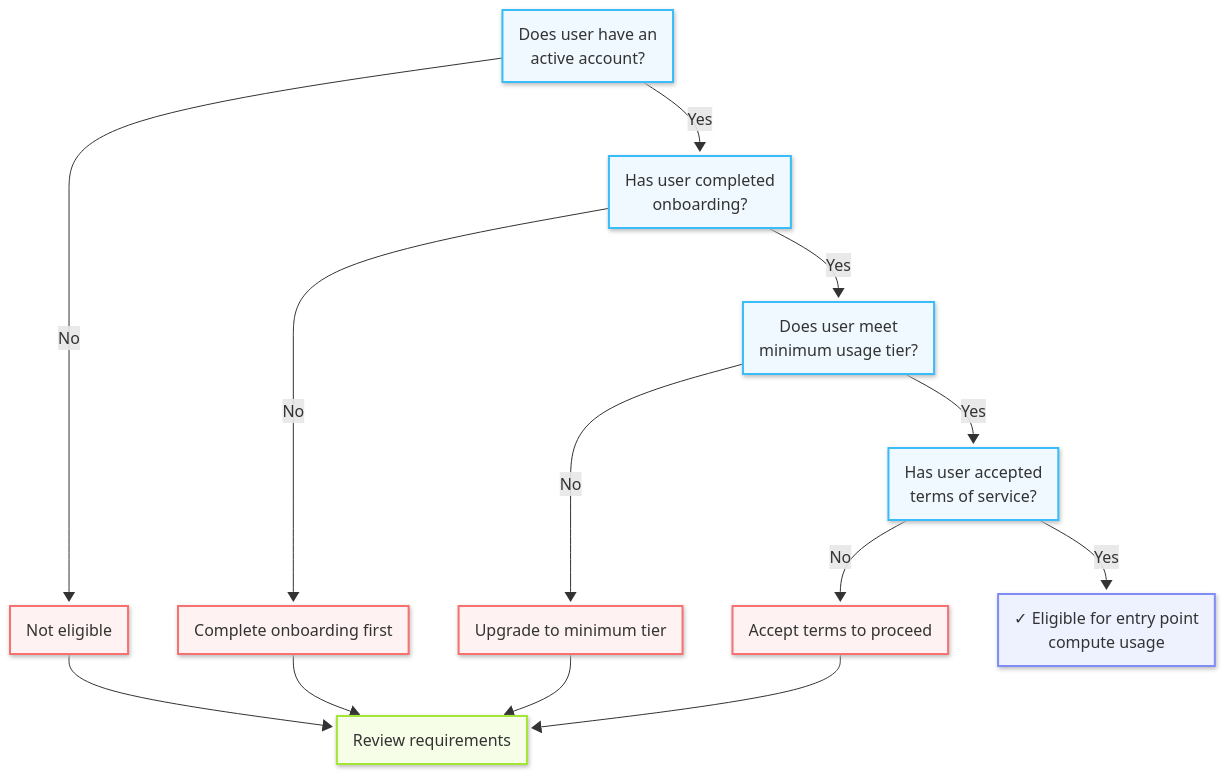
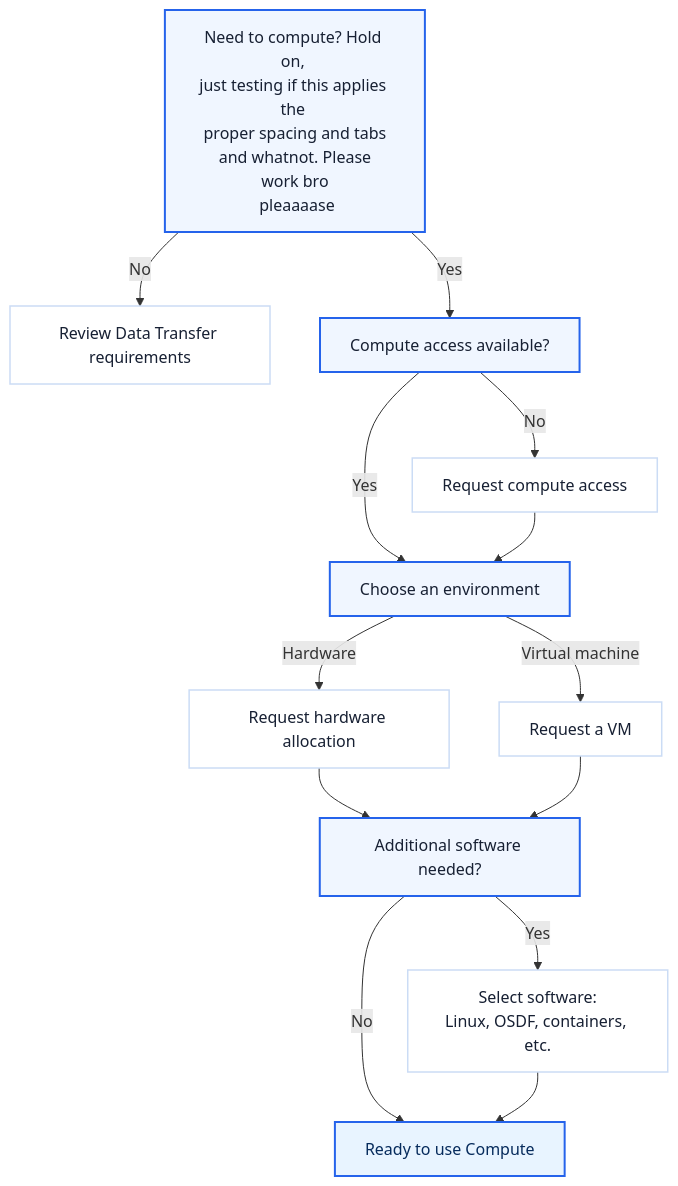
The first of 2 diagrams in src/content/docs/requirements/index.md (ReaganSanz/user-services-test), drawn with Mermaid before and after one commit. The commit also changed other lines of this file and 2 other files, not shown here.

Commit message:
feat: Adding sample mermaid flowcharts, will update

````diff
--- a/src/content/docs/requirements/index.md
+++ b/src/content/docs/requirements/index.md
@@ -11,33 +45,35 @@
 ```mermaid
 ---
 config:
-  fontFamily: '''Inter Variable'', sans-serif'
-  themeVariables:
-    fontFamily: '''Inter Variable'', sans-serif'
-  look: neo
+fontFamily: 'Inter'
+themeVariables:
+ fontFamily: 'Inter'
+ fontSize: '38px'
+look: neo
 ---
-graph TD
-    A[Does user have an<br/>active account?] -->|No| B[Not eligible]
-    A -->|Yes| C[Has user completed<br/>onboarding?]
-    C -->|No| D[Complete onboarding first]
-    C -->|Yes| E[Does user meet<br/>minimum usage tier?]
-    E -->|No| F[Upgrade to minimum tier]
-    E -->|Yes| G[Has user accepted<br/>terms of service?]
-    G -->|No| H[Accept terms to proceed]
-    G -->|Yes| I[✓ Eligible for entry point<br/>compute usage]
-    
-    B --> J[Review requirements]
-    D --> J
-    F --> J
-    H --> J
-    
-    classDef eligible fill:#eef2ff,stroke:#818cf8,stroke-width:2px
-    classDef ineligible fill:#fef2f2,stroke:#f87171,stroke-width:2px
-    classDef decision fill:#f0f9ff,stroke:#38bdf8,stroke-width:2px
-    classDef action fill:#f7fee7,stroke:#a3e635,stroke-width:2px
-    
-    class I eligible
-    class B,D,F,H ineligible
-    class A,C,E,G decision
-    class J action
+flowchart TD
+ A[Need to compute? Hold on, <br/>just testing if this applies the <br/> proper spacing and tabs <br/> and whatnot. Please work bro<br/> pleaaaase]
+ A -->|No| Z[Review Data Transfer requirements]
+    A -->|Yes| B[Compute access available?]
+
+    B -->|No| C[Request compute access]
+    B -->|Yes| D[Choose an environment]
+
+    C --> D
+    D -->|Hardware| E[Request hardware allocation]
+    D -->|Virtual machine| F[Request a VM]
+
+    E --> G[Additional software needed?]
+    F --> G
+    G -->|Yes| H[Select software:<br/>Linux, OSDF, containers, etc.]
+    G -->|No| I[Ready to use Compute]
+    H --> I
+
+    classDef decision fill:#f0f6ff,stroke:#2563eb,stroke-width:2px,color:#172033
+    classDef action fill:#ffffff,stroke:#cbdcf5,stroke-width:1.5px,color:#172033
+    classDef ready fill:#e8f4ff,stroke:#2563eb,stroke-width:2px,color:#062b5c
+
+    class A,B,D,G decision
+    class C,E,F,H,Z action
+    class I ready
 ```
````
